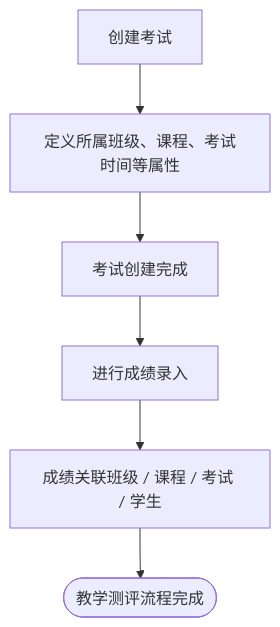
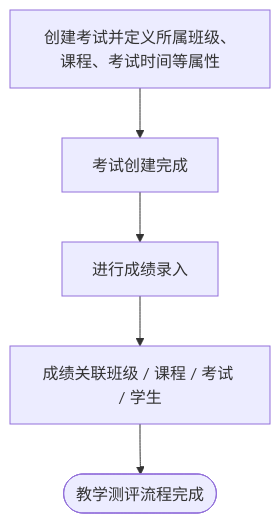
The second of 2 diagrams in docs/product-description.md (AliveverCom/product-example-school-managment), drawn with Mermaid before and after one commit. The commit also changed other lines of this file and 5 other files, not shown here.

````diff
--- a/docs/product-description.md
+++ b/docs/product-description.md
@@ -462,8 +530,7 @@
 ```mermaid
 flowchart TD
-    A[创建考试] --> B[定义所属班级、课程、考试时间等属性]
-    B --> C[考试创建完成]
-    C --> D[进行成绩录入]
-    D --> E[成绩关联班级 / 课程 / 考试 / 学生]
-    E --> F([教学测评流程完成])
+  A[创建考试并定义所属班级、课程、考试时间等属性] --> B[考试创建完成]
+  B --> C[进行成绩录入]
+  C --> D[成绩关联班级 / 课程 / 考试 / 学生]
+  D --> F([教学测评流程完成])
 ```
````
